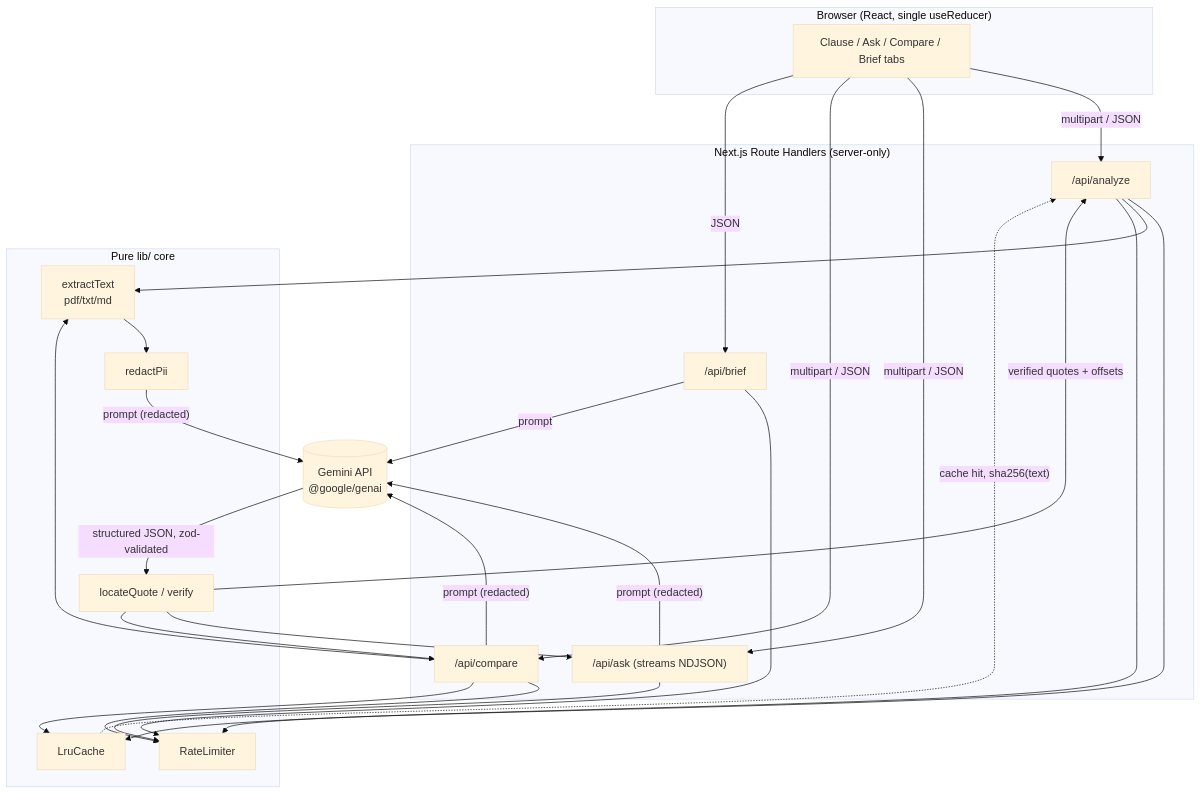
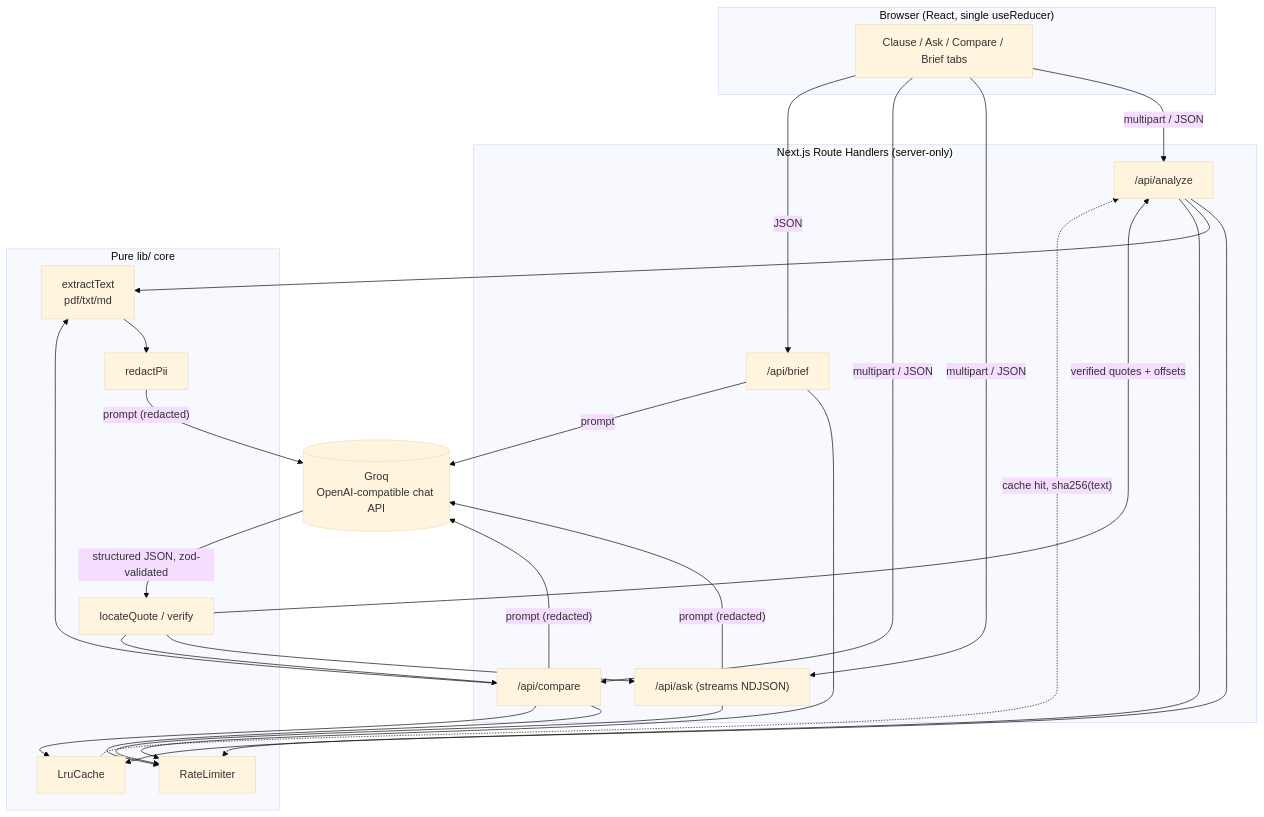
One commit to rudrakshchatterjee3-creator/clause-compass changed the diagram in README.md. Above: the diagram before and after it, drawn with Mermaid (base theme). The commit also changed other lines of this file and 26 other files, not shown here.

First line of the commit message:
Swap AI provider from Gemini to Groq

````diff
--- a/README.md
+++ b/README.md
@@ -59,49 +59,49 @@
 ```mermaid
 flowchart TB
     subgraph Client["Browser (React, single useReducer)"]
         UI[Clause / Ask / Compare / Brief tabs]
     end
 
     subgraph Server["Next.js Route Handlers (server-only)"]
         Analyze["/api/analyze"]
         Ask["/api/ask (streams NDJSON)"]
         Compare["/api/compare"]
         Brief["/api/brief"]
     end
 
     subgraph Core["Pure lib/ core"]
         Extract[extractText<br/>pdf/txt/md]
         Redact[redactPii]
         Ground[locateQuote / verify]
         Rate[RateLimiter]
         Cache[LruCache]
     end
 
-    Gemini[("Gemini API<br/>@google/genai")]
+    Groq[("Groq<br/>OpenAI-compatible chat API")]
 
     UI -- "multipart / JSON" --> Analyze
     UI -- "multipart / JSON" --> Ask
     UI -- "multipart / JSON" --> Compare
     UI -- "JSON" --> Brief
 
     Analyze --> Rate
     Ask --> Rate
     Compare --> Rate
     Brief --> Rate
 
     Analyze --> Extract --> Redact
     Compare --> Extract
-    Redact -- "prompt (redacted)" --> Gemini
-    Ask -- "prompt (redacted)" --> Gemini
-    Compare -- "prompt (redacted)" --> Gemini
-    Brief -- "prompt" --> Gemini
+    Redact -- "prompt (redacted)" --> Groq
+    Ask -- "prompt (redacted)" --> Groq
+    Compare -- "prompt (redacted)" --> Groq
+    Brief -- "prompt" --> Groq
 
-    Gemini -- "structured JSON, zod-validated" --> Ground
+    Groq -- "structured JSON, zod-validated" --> Ground
     Ground -- "verified quotes + offsets" --> Analyze
     Ground --> Ask
     Ground --> Compare
 
     Analyze --> Cache
     Compare --> Cache
     Cache -.->|"cache hit, sha256(text)"| Analyze
 ```
````
